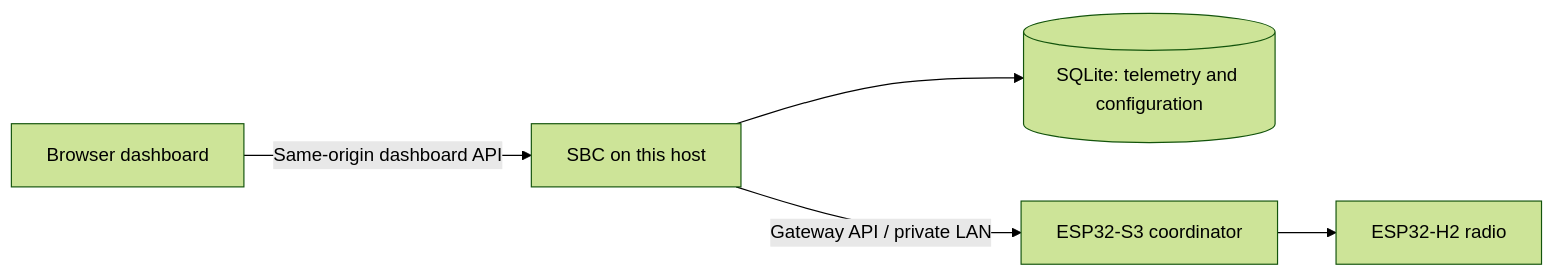
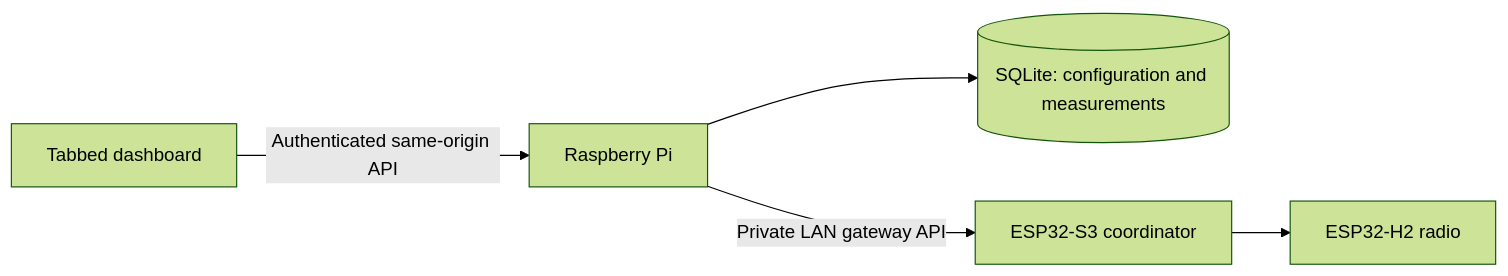
One commit to ctrmint/Zigbee-Border-Gateway-Env changed the diagram in docs/DASHBOARD_API_DESIGN.md. Above: the diagram before and after it, drawn with Mermaid (forest theme). The commit also changed other lines of this file and 20 other files, not shown here.

Commit message:
Build tabbed location dashboard with persistent widgets and history (#9)

````diff
--- a/docs/DASHBOARD_API_DESIGN.md
+++ b/docs/DASHBOARD_API_DESIGN.md
@@ -14,7 +15,7 @@
 ```mermaid
 flowchart LR
-    Browser[Browser dashboard] -->|Same-origin dashboard API| SBC[SBC on this host]
-    SBC --> DB[(SQLite: telemetry and configuration)]
-    SBC -->|Gateway API / private LAN| ESP[ESP32-S3 coordinator]
+    Browser[Tabbed dashboard] -->|Authenticated same-origin API| SBC[Raspberry Pi]
+    SBC --> DB[(SQLite: configuration and measurements)]
+    SBC -->|Private LAN gateway API| ESP[ESP32-S3 coordinator]
     ESP --> H2[ESP32-H2 radio]
 ```
````
